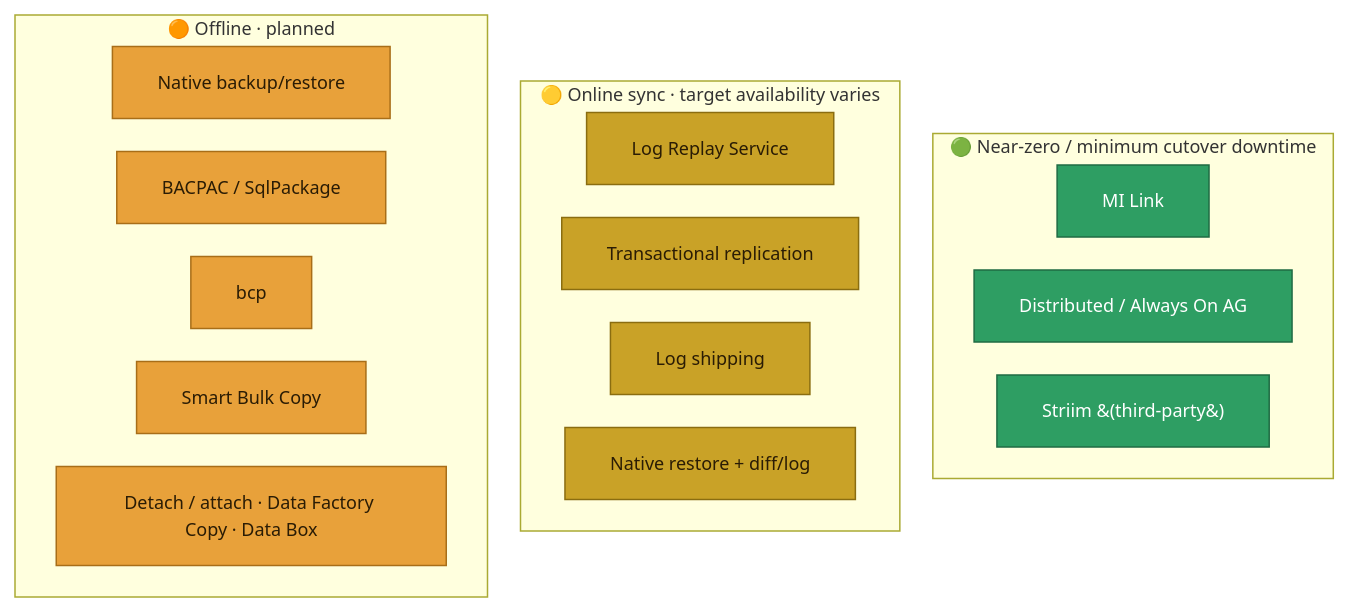
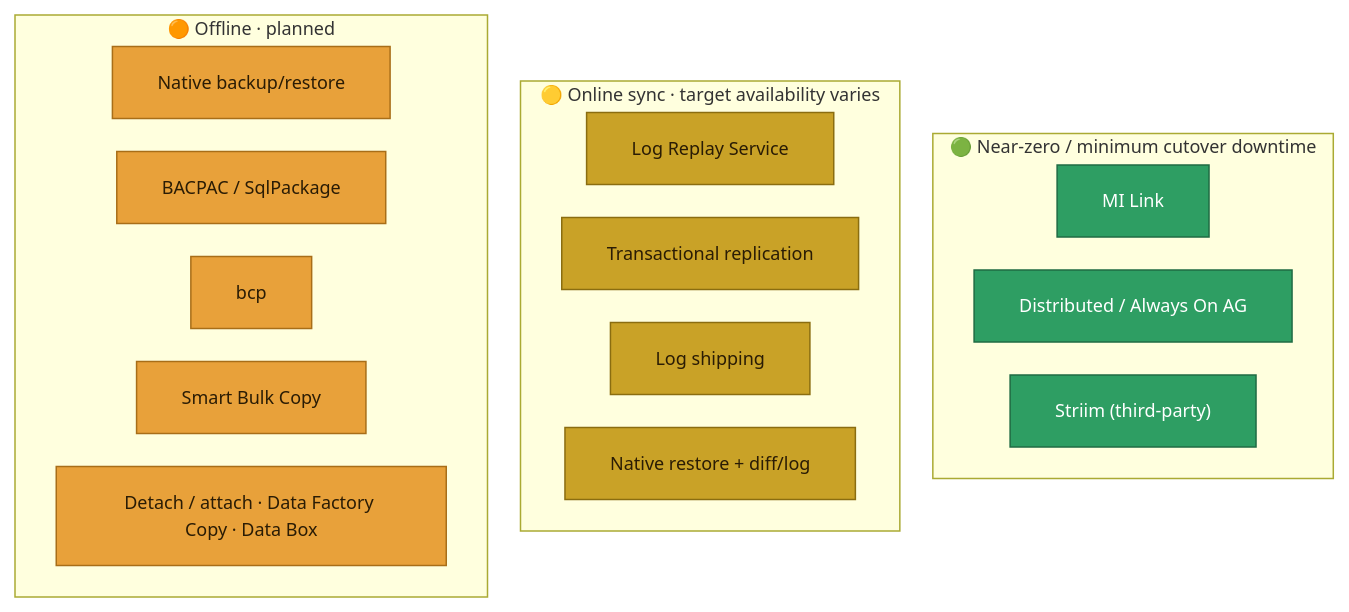
One commit to fredgis/sql-migration-advisor changed the third of 4 diagrams in docs/sql-server-to-azure-migration.md. Above: the diagram before and after it, drawn with Mermaid. The commit also changed other lines of this file and 25 other files, not shown here.

````diff
--- a/docs/sql-server-to-azure-migration.md
+++ b/docs/sql-server-to-azure-migration.md
@@ -282,28 +283,28 @@
 ```mermaid
 %%{init: {'flowchart': {'nodeSpacing': 22, 'rankSpacing': 30}, 'themeVariables': {'fontSize': '12px'}}}%%
 flowchart TB
     subgraph NZ["🟢 Near-zero / minimum cutover downtime"]
         N1[MI Link]
         N2[Distributed / Always On AG]
-        N3[Striim &#40;third-party&#41;]
+        N3["Striim (third-party)"]
     end
     subgraph ONSYNC["🟡 Online sync · target availability varies"]
         L0[Log Replay Service]
         L1[Transactional replication]
         L2[Log shipping]
         L3[Native restore + diff/log]
     end
     subgraph OFF["🟠 Offline · planned"]
         F1[Native backup/restore]
         F3[BACPAC / SqlPackage]
         F4[bcp]
         F5[Smart Bulk Copy]
         F6[Detach / attach · Data Factory Copy · Data Box]
     end
     classDef nz fill:#2E9E63,stroke:#1F6B43,color:#fff;
     classDef mn fill:#C9A227,stroke:#8A6D10,color:#2a1c05;
     classDef of fill:#E8A13A,stroke:#A86E18,color:#2a1c05;
     class N1,N2,N3 nz;
     class L0,L1,L2,L3 mn;
     class F1,F3,F4,F5,F6 of;
 ```
````
